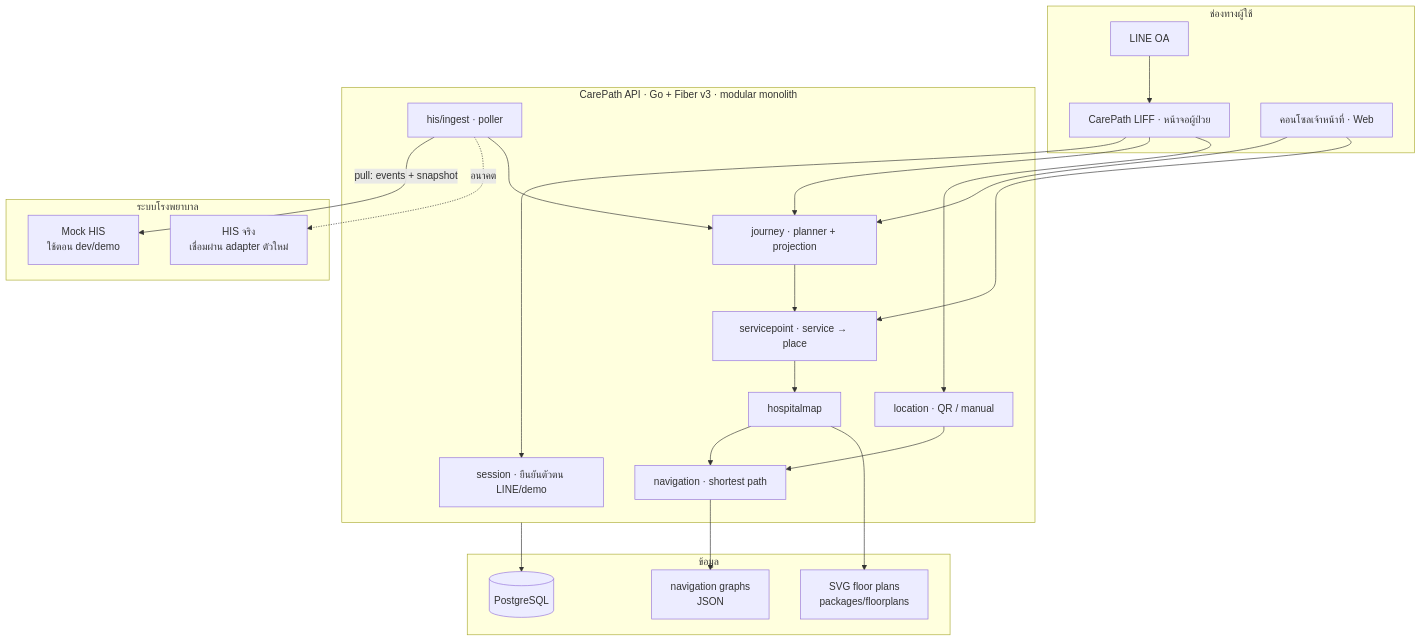
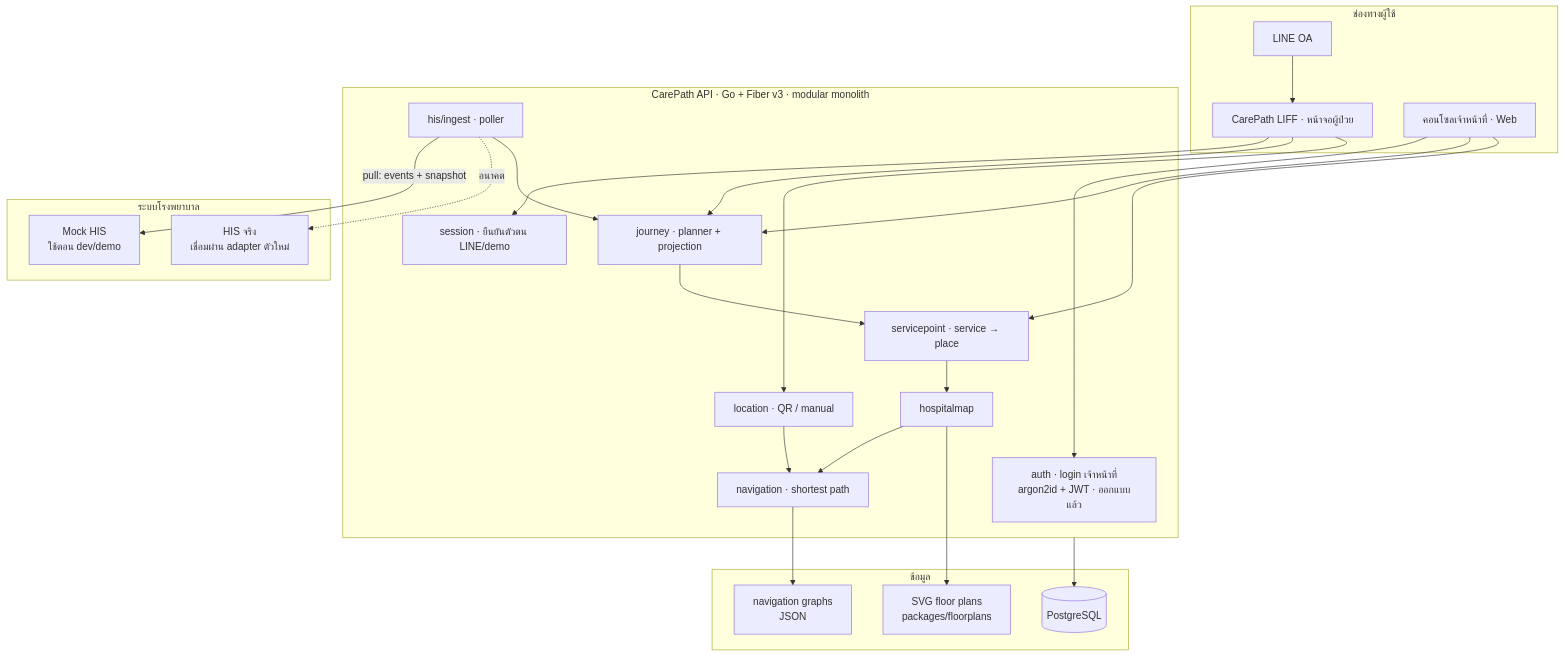
The first of 9 diagrams in README.md (somprasongd/carepath), drawn with Mermaid before and after one commit. The commit also changed other lines of this file and 24 other files, not shown here.

````diff
--- a/README.md
+++ b/README.md
@@ -71,44 +72,46 @@
 ```mermaid
 flowchart TB
     subgraph CH["ช่องทางผู้ใช้"]
       LINE["LINE OA"] --> LIFF["CarePath LIFF · หน้าจอผู้ป่วย"]
       STAFF["คอนโซลเจ้าหน้าที่ · Web"]
     end
 
     subgraph APP["CarePath API · Go + Fiber v3 · modular monolith"]
+      AUTH["auth · login เจ้าหน้าที่<br/>argon2id + JWT · ออกแบบแล้ว"]
       SESSION["session · ยืนยันตัวตน LINE/demo"]
       JOURNEY["journey · planner + projection"]
       SP["servicepoint · service → place"]
       MAP["hospitalmap"]
       NAV["navigation · shortest path"]
       LOC["location · QR / manual"]
       INGEST["his/ingest · poller"]
     end
 
     subgraph DATA["ข้อมูล"]
       PG[("PostgreSQL")]
       SVG["SVG floor plans<br/>packages/floorplans"]
       GRAPH["navigation graphs<br/>JSON"]
     end
 
     subgraph HISBOX["ระบบโรงพยาบาล"]
       MOCK["Mock HIS<br/>ใช้ตอน dev/demo"]
       REAL["HIS จริง<br/>เชื่อมผ่าน adapter ตัวใหม่"]
     end
 
     LIFF --> SESSION
     LIFF --> JOURNEY
     LIFF --> LOC
+    STAFF --> AUTH
     STAFF --> JOURNEY
     STAFF --> SP
 
     JOURNEY --> SP --> MAP --> NAV
     LOC --> NAV
     APP --> PG
     MAP --> SVG
     NAV --> GRAPH
 
     INGEST -->|"pull: events + snapshot"| MOCK
     INGEST -.->|"อนาคต"| REAL
     INGEST --> JOURNEY
 ```
````
